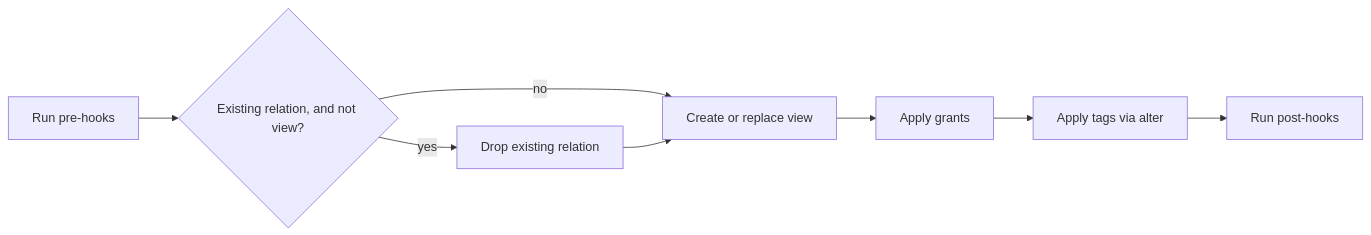
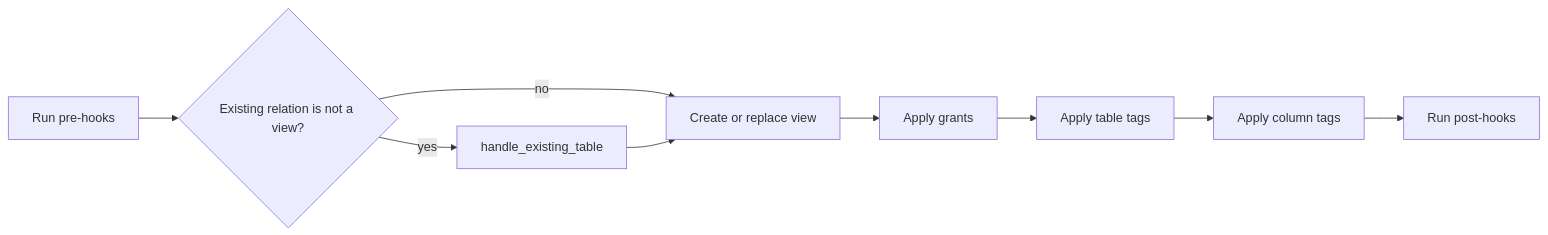
One commit to databricks/dbt-databricks changed the first of 2 diagrams in docs/flow/view_flow.md. Above: the diagram before and after it, drawn with Mermaid. The commit also changed other lines of this file and 8 other files, not shown here.

Commit message:
docs: correct materialization flow diagrams

````diff
--- a/docs/flow/view_flow.md
+++ b/docs/flow/view_flow.md
@@ -11,17 +11,11 @@
 ```mermaid
 flowchart LR
-    PRE[Run pre-hooks]
-    DROP[Drop existing relation]
-    CREATE[Create or replace view]
-    GRANTS[Apply grants]
-    TAGS[Apply tags via alter]
-    POST[Run post-hooks]
-    D1{Existing relation, and not view?}
-    PRE-->D1
-    D1--yes-->DROP
-    D1--"no"-->CREATE
-    DROP-->CREATE
-    CREATE-->GRANTS
-    GRANTS-->TAGS
-    TAGS-->POST
+    PRE[Run pre-hooks] --> WRONG{Existing relation is not a view?}
+    WRONG -- yes --> HANDLE[handle_existing_table]
+    WRONG -- no --> CREATE[Create or replace view]
+    HANDLE --> CREATE
+    CREATE --> GRANTS[Apply grants]
+    GRANTS --> TAGS[Apply table tags]
+    TAGS --> COLTAGS[Apply column tags]
+    COLTAGS --> POST[Run post-hooks]
 ```
````
